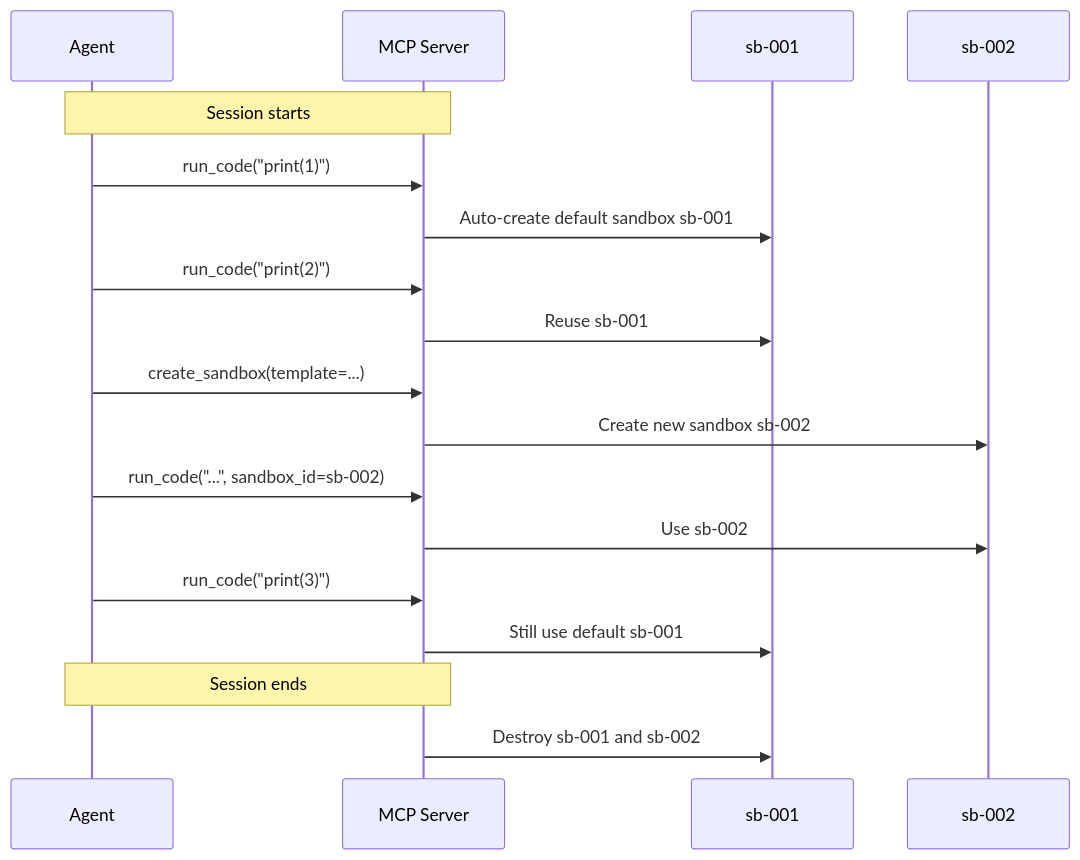
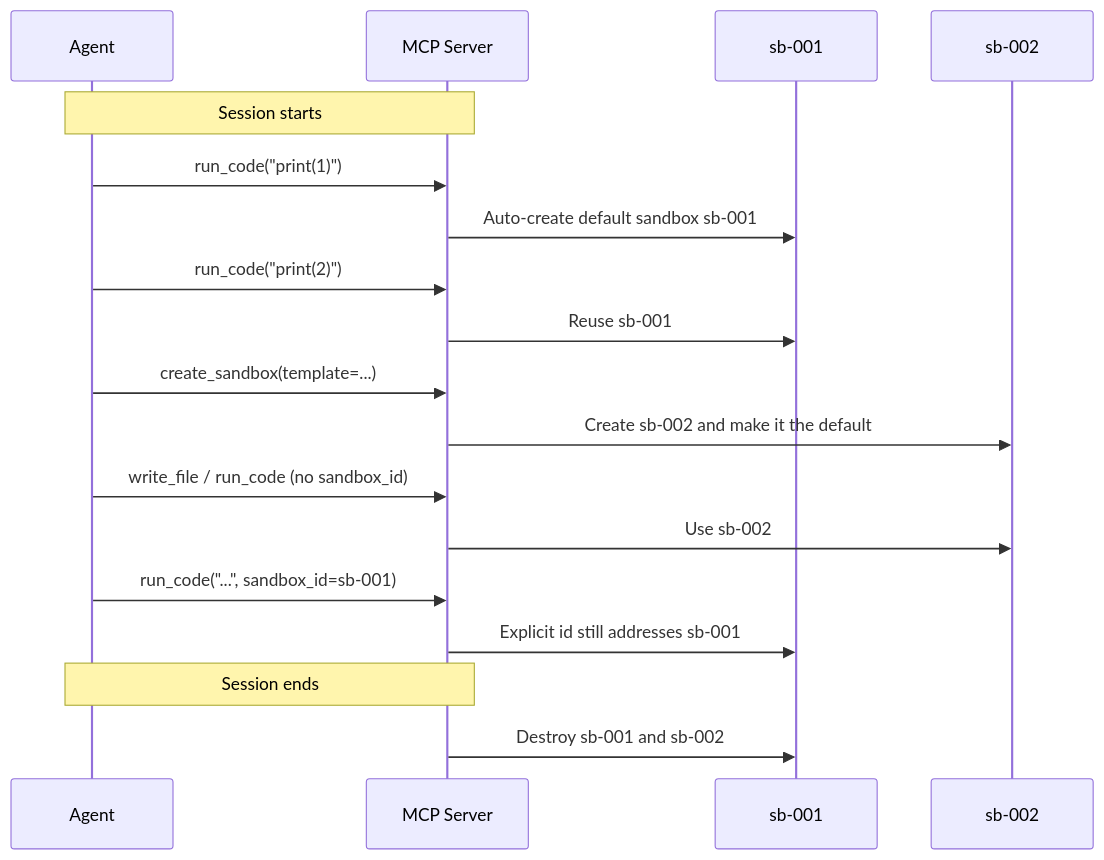
The second of 6 diagrams in docs/en/design/mcp-server.md (Easy-Sandbox/easy-sandbox), drawn with Mermaid before and after one commit. The commit also changed other lines of this file and 176 other files, not shown here.

First line of the commit message:
feat: make MCP start usable and land the CLI config and deploy updates

````diff
--- a/docs/en/design/mcp-server.md
+++ b/docs/en/design/mcp-server.md
@@ -225,21 +226,21 @@
 ```mermaid
 sequenceDiagram
     participant Agent
     participant MCP as MCP Server
     participant SB1 as sb-001
     participant SB2 as sb-002
 
     Note over Agent,MCP: Session starts
     Agent->>MCP: run_code("print(1)")
     MCP->>SB1: Auto-create default sandbox sb-001
     Agent->>MCP: run_code("print(2)")
     MCP->>SB1: Reuse sb-001
     Agent->>MCP: create_sandbox(template=...)
-    MCP->>SB2: Create new sandbox sb-002
-    Agent->>MCP: run_code("...", sandbox_id=sb-002)
+    MCP->>SB2: Create sb-002 and make it the default
+    Agent->>MCP: write_file / run_code (no sandbox_id)
     MCP->>SB2: Use sb-002
-    Agent->>MCP: run_code("print(3)")
-    MCP->>SB1: Still use default sb-001
+    Agent->>MCP: run_code("...", sandbox_id=sb-001)
+    MCP->>SB1: Explicit id still addresses sb-001
     Note over Agent,MCP: Session ends
     MCP->>SB1: Destroy sb-001 and sb-002
 ```
````
